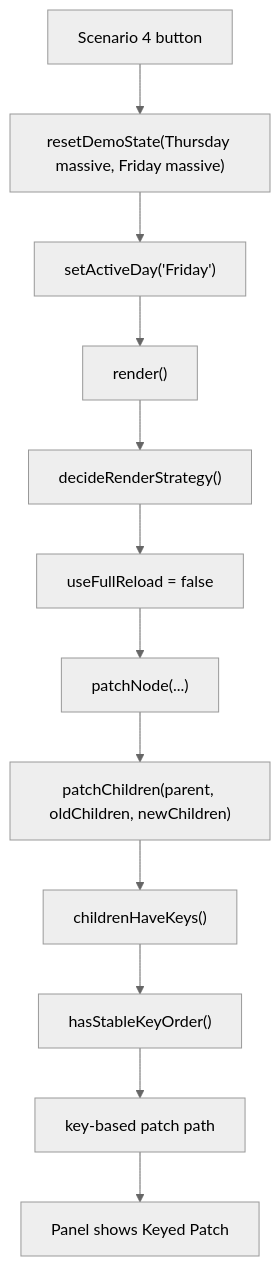
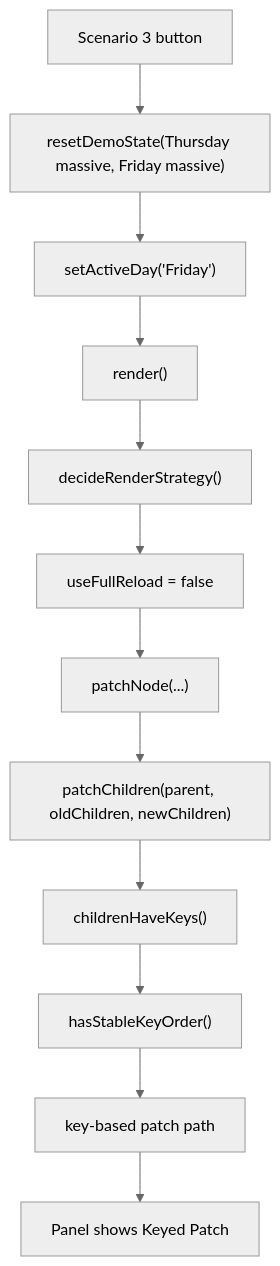
The third of 3 diagrams in README.md (ndh5178/4week_codex), drawn with Mermaid (neutral theme) before and after one commit. The commit also changed other lines of this file and 1 other file, not shown here.

````diff
--- a/README.md
+++ b/README.md
@@ -493,14 +461,14 @@
 ```mermaid
 flowchart TD
-    A["Scenario 4 button"] --> B["resetDemoState(Thursday massive, Friday massive)"]
+    A["Scenario 3 button"] --> B["resetDemoState(Thursday massive, Friday massive)"]
     B --> C["setActiveDay('Friday')"]
     C --> D["render()"]
     D --> E["decideRenderStrategy()"]
     E --> F["useFullReload = false"]
     F --> G["patchNode(...)"]
     G --> H["patchChildren(parent, oldChildren, newChildren)"]
     H --> I["childrenHaveKeys()"]
     I --> J["hasStableKeyOrder()"]
     J --> K["key-based patch path"]
     K --> L["Panel shows Keyed Patch"]
 ```
````
